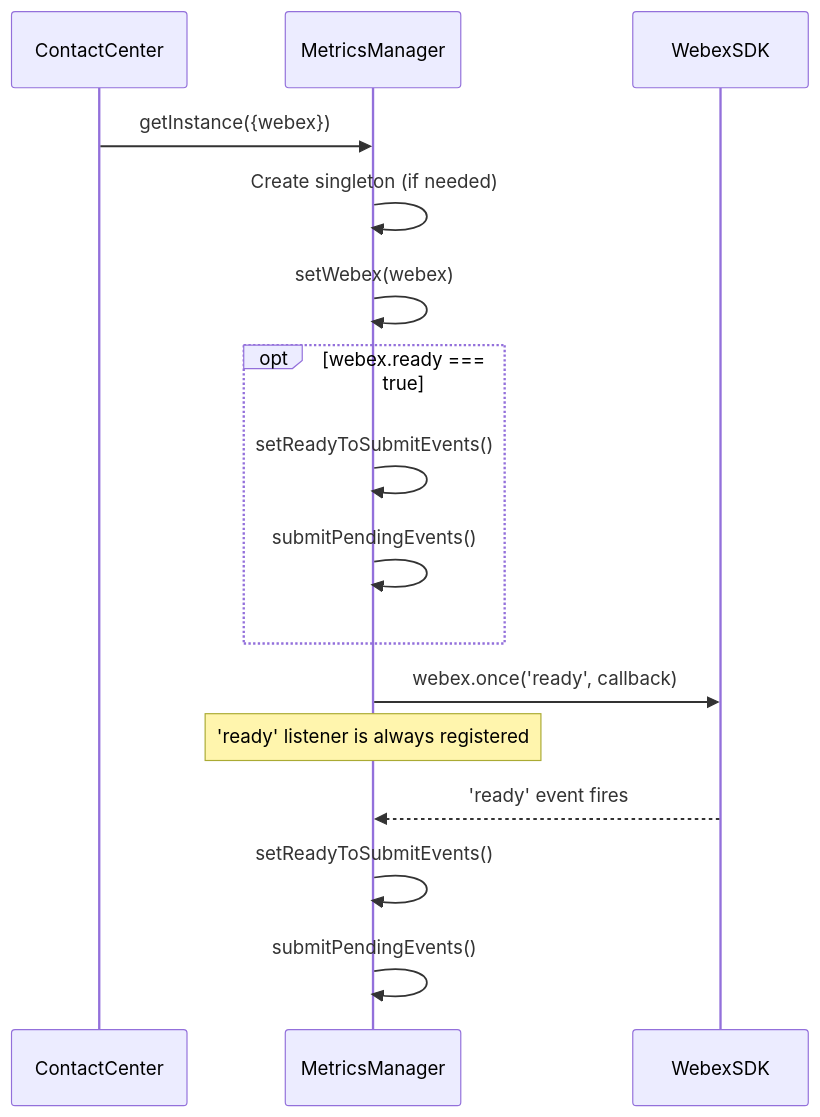
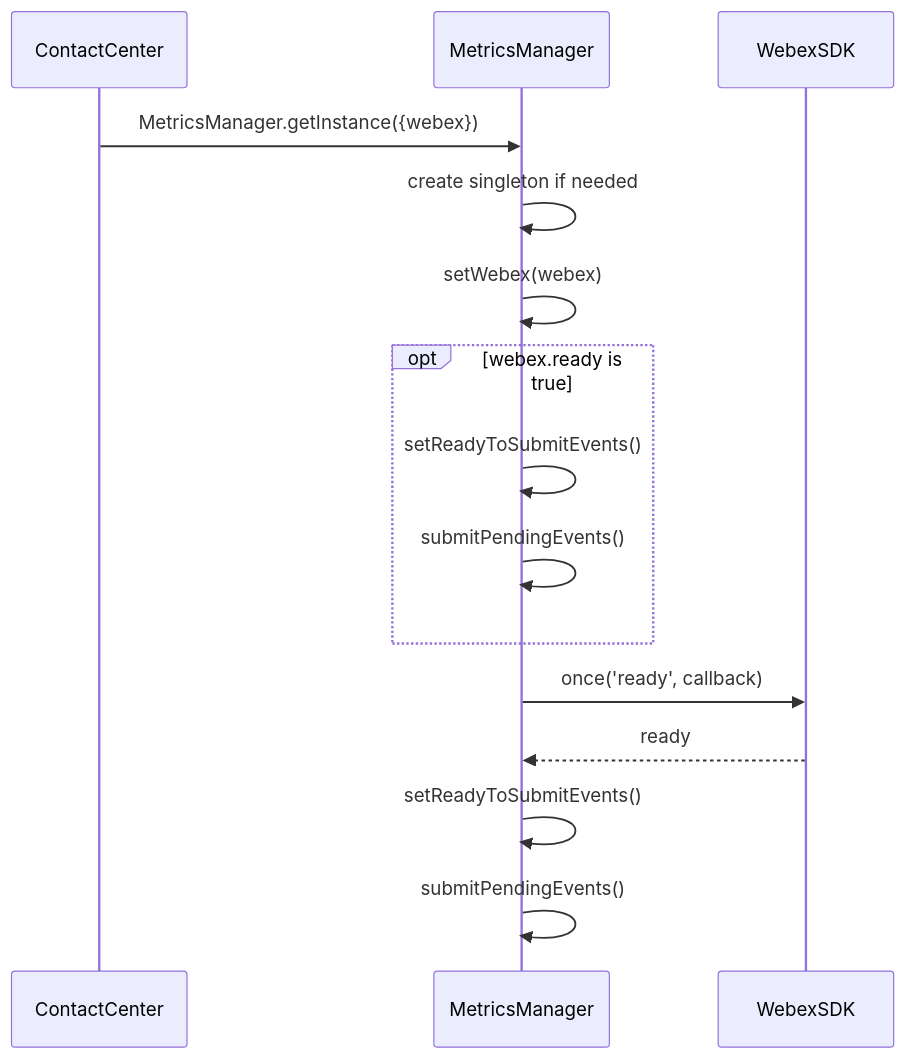
The third of 5 diagrams in packages/@webex/contact-center/src/metrics/ai-docs/ARCHITECTURE.md (webex/webex-js-sdk), drawn with Mermaid before and after one commit. The commit also changed other lines of this file and 39 other files, not shown here.

````diff
--- a/packages/@webex/contact-center/src/metrics/ai-docs/ARCHITECTURE.md
+++ b/packages/@webex/contact-center/src/metrics/ai-docs/ARCHITECTURE.md
@@ -123,19 +85,18 @@
 ```mermaid
 sequenceDiagram
-    participant CC as ContactCenter
-    participant MM as MetricsManager
-    participant Webex as WebexSDK
+  participant CC as ContactCenter
+  participant Metrics as MetricsManager
+  participant Webex as WebexSDK
 
-    CC->>MM: getInstance({webex})
-    MM->>MM: Create singleton (if needed)
-    MM->>MM: setWebex(webex)
-    opt webex.ready === true
-        MM->>MM: setReadyToSubmitEvents()
-        MM->>MM: submitPendingEvents()
-    end
-    MM->>Webex: webex.once('ready', callback)
-    Note over MM: 'ready' listener is always registered
-    Webex-->>MM: 'ready' event fires
-    MM->>MM: setReadyToSubmitEvents()
-    MM->>MM: submitPendingEvents()
+  CC->>Metrics: MetricsManager.getInstance({webex})
+  Metrics->>Metrics: create singleton if needed
+  Metrics->>Metrics: setWebex(webex)
+  opt webex.ready is true
+    Metrics->>Metrics: setReadyToSubmitEvents()
+    Metrics->>Metrics: submitPendingEvents()
+  end
+  Metrics->>Webex: once('ready', callback)
+  Webex-->>Metrics: ready
+  Metrics->>Metrics: setReadyToSubmitEvents()
+  Metrics->>Metrics: submitPendingEvents()
 ```
````
